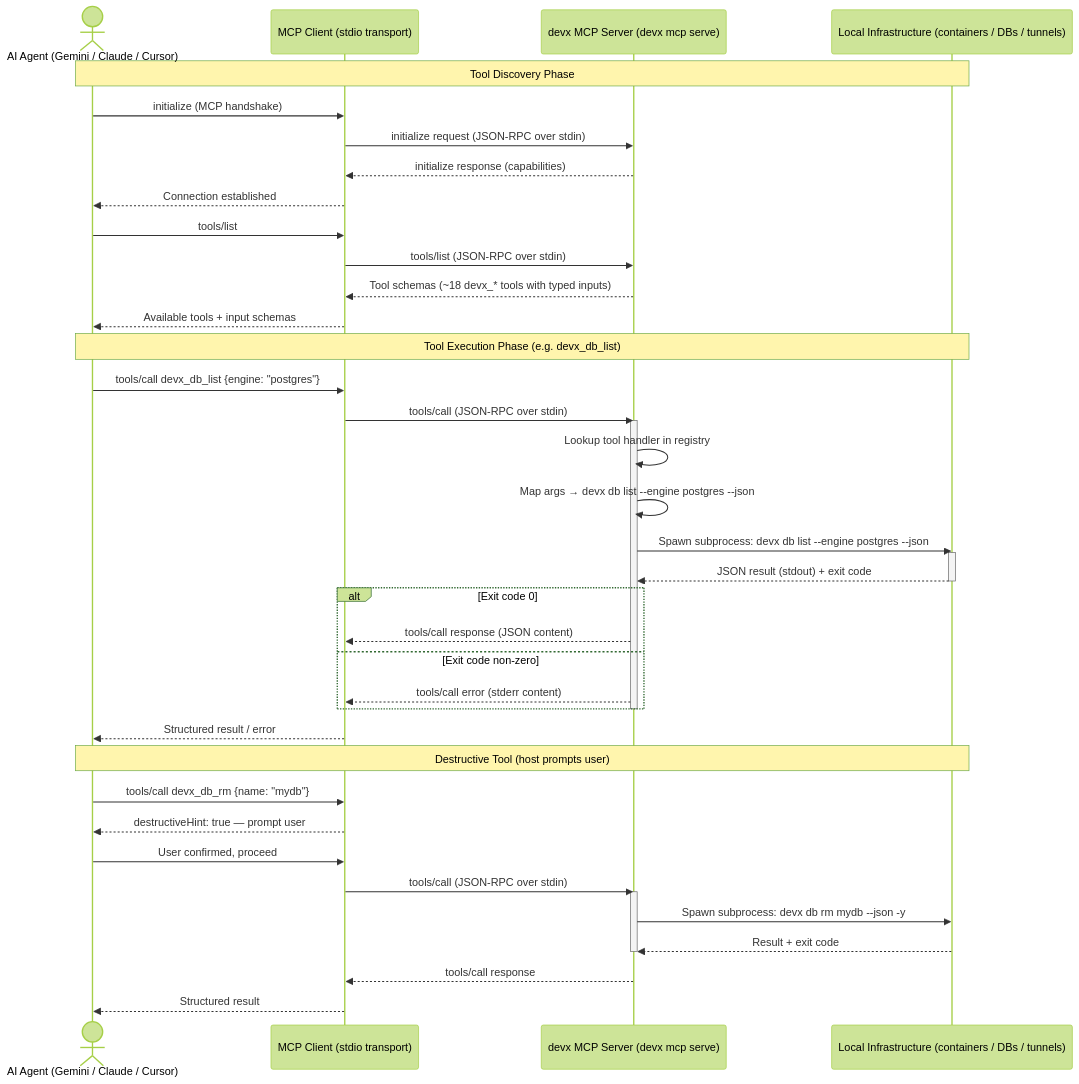
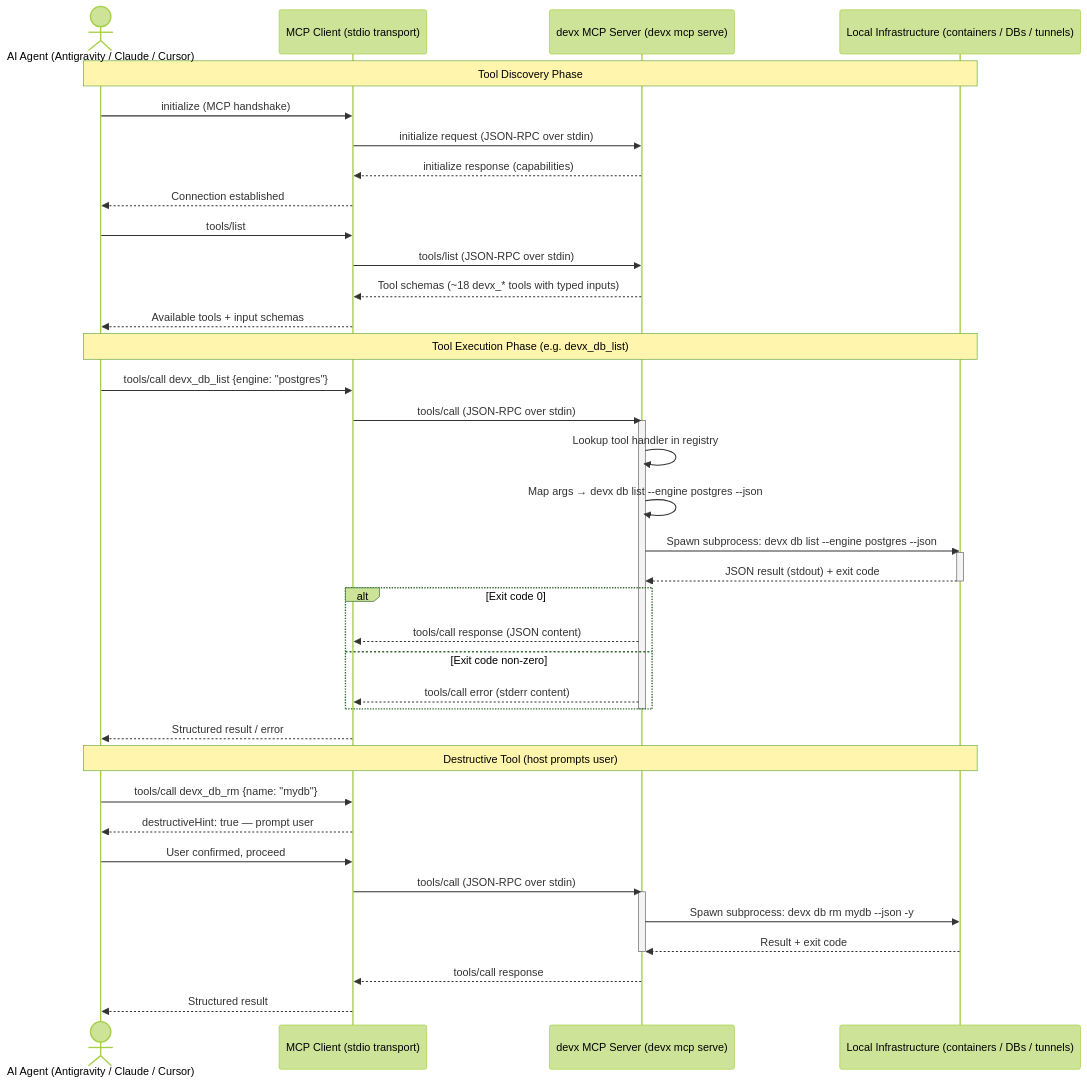
One commit to VitruvianSoftware/devx changed the third of 3 diagrams in docs/guide/mcp.md. Above: the diagram before and after it, drawn with Mermaid (forest theme). The commit also changed other lines of this file and 11 other files, not shown here.

First line of the commit message:
feat: replace the retired Gemini CLI with the Antigravity CLI (agy) (#2373)

````diff
--- a/docs/guide/mcp.md
+++ b/docs/guide/mcp.md
@@ -137,51 +136,51 @@
 ```mermaid
 sequenceDiagram
-    actor Agent as AI Agent (Gemini / Claude / Cursor)
+    actor Agent as AI Agent (Antigravity / Claude / Cursor)
     participant Client as MCP Client (stdio transport)
     participant Server as devx MCP Server (devx mcp serve)
     participant Infra as Local Infrastructure (containers / DBs / tunnels)
 
     Note over Agent, Infra: Tool Discovery Phase
 
     Agent->>Client: initialize (MCP handshake)
     Client->>Server: initialize request (JSON-RPC over stdin)
     Server-->>Client: initialize response (capabilities)
     Client-->>Agent: Connection established
 
     Agent->>Client: tools/list
     Client->>Server: tools/list (JSON-RPC over stdin)
     Server-->>Client: Tool schemas (~18 devx_* tools with typed inputs)
     Client-->>Agent: Available tools + input schemas
 
     Note over Agent, Infra: Tool Execution Phase (e.g. devx_db_list)
 
     Agent->>Client: tools/call devx_db_list {engine: "postgres"}
     Client->>Server: tools/call (JSON-RPC over stdin)
     activate Server
     Server->>Server: Lookup tool handler in registry
     Server->>Server: Map args → devx db list --engine postgres --json
     Server->>Infra: Spawn subprocess: devx db list --engine postgres --json
     activate Infra
     Infra-->>Server: JSON result (stdout) + exit code
     deactivate Infra
     alt Exit code 0
         Server-->>Client: tools/call response (JSON content)
     else Exit code non-zero
         Server-->>Client: tools/call error (stderr content)
     end
     deactivate Server
     Client-->>Agent: Structured result / error
 
     Note over Agent, Infra: Destructive Tool (host prompts user)
 
     Agent->>Client: tools/call devx_db_rm {name: "mydb"}
     Client-->>Agent: destructiveHint: true — prompt user
     Agent->>Client: User confirmed, proceed
     Client->>Server: tools/call (JSON-RPC over stdin)
     activate Server
     Server->>Infra: Spawn subprocess: devx db rm mydb --json -y
     Infra-->>Server: Result + exit code
     deactivate Server
     Server-->>Client: tools/call response
     Client-->>Agent: Structured result
 ```
````
